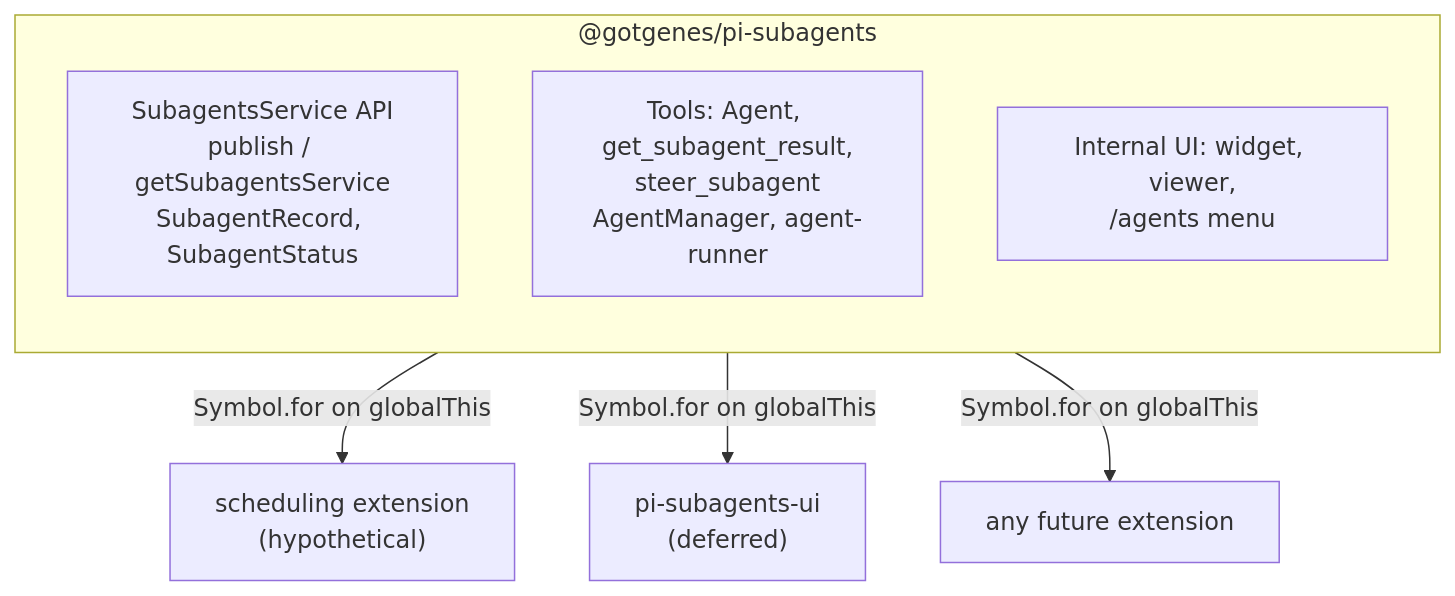
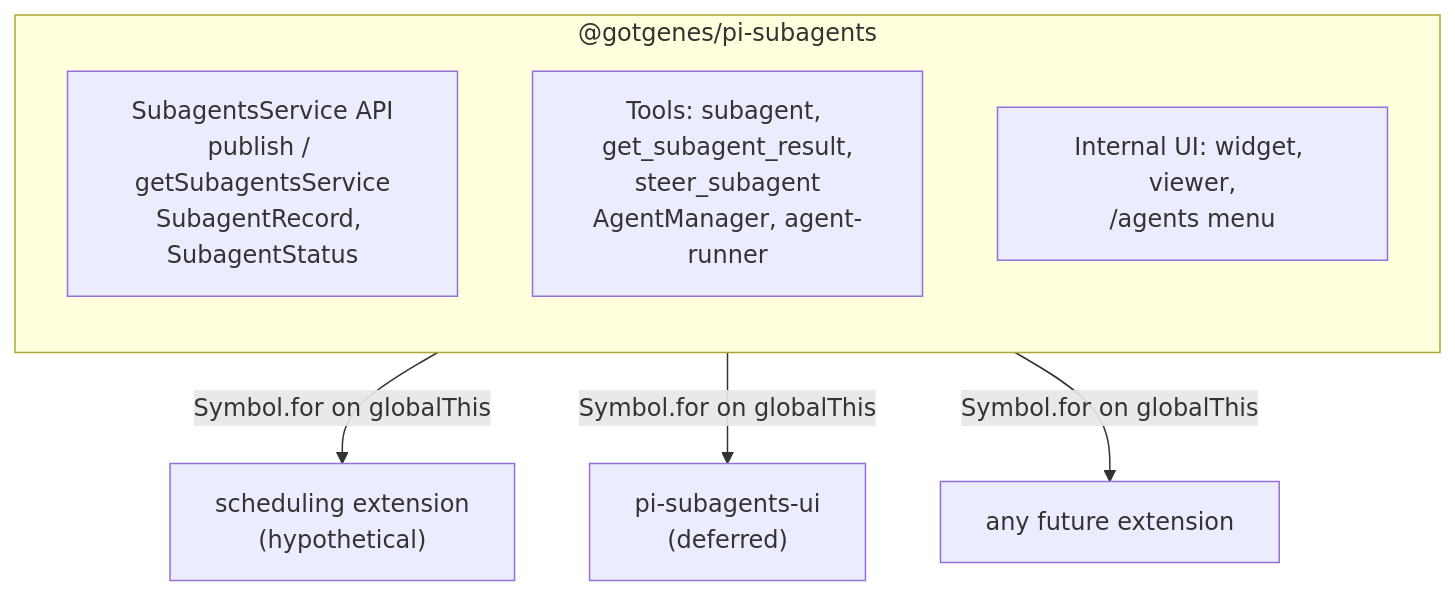
Before and after one commit to ttdua/pi-subagents: the fifth of 7 diagrams in docs/architecture/architecture.md, drawn with Mermaid. The commit also changed other lines of this file, not shown here.

First line of the commit message:
docs(pi-subagents): add Phase 14 Step 4 — rename Agent tool to subagent (#242)

````diff
--- a/docs/architecture/architecture.md
+++ b/docs/architecture/architecture.md
@@ -321,13 +321,13 @@
 ```mermaid
 flowchart TD
     subgraph core["@gotgenes/pi-subagents"]
         direction TB
         exports["SubagentsService API<br/>publish / getSubagentsService<br/>SubagentRecord, SubagentStatus"]
-        engine["Tools: Agent, get_subagent_result,<br/>steer_subagent<br/>AgentManager, agent-runner"]
+        engine["Tools: subagent, get_subagent_result,<br/>steer_subagent<br/>AgentManager, agent-runner"]
         ui_int["Internal UI: widget, viewer,<br/>/agents menu"]
     end
 
     core -- "Symbol.for on globalThis" --> sched["scheduling extension<br/>(hypothetical)"]
     core -- "Symbol.for on globalThis" --> subui["pi-subagents-ui<br/>(deferred)"]
     core -- "Symbol.for on globalThis" --> future["any future extension"]
 ```
````
